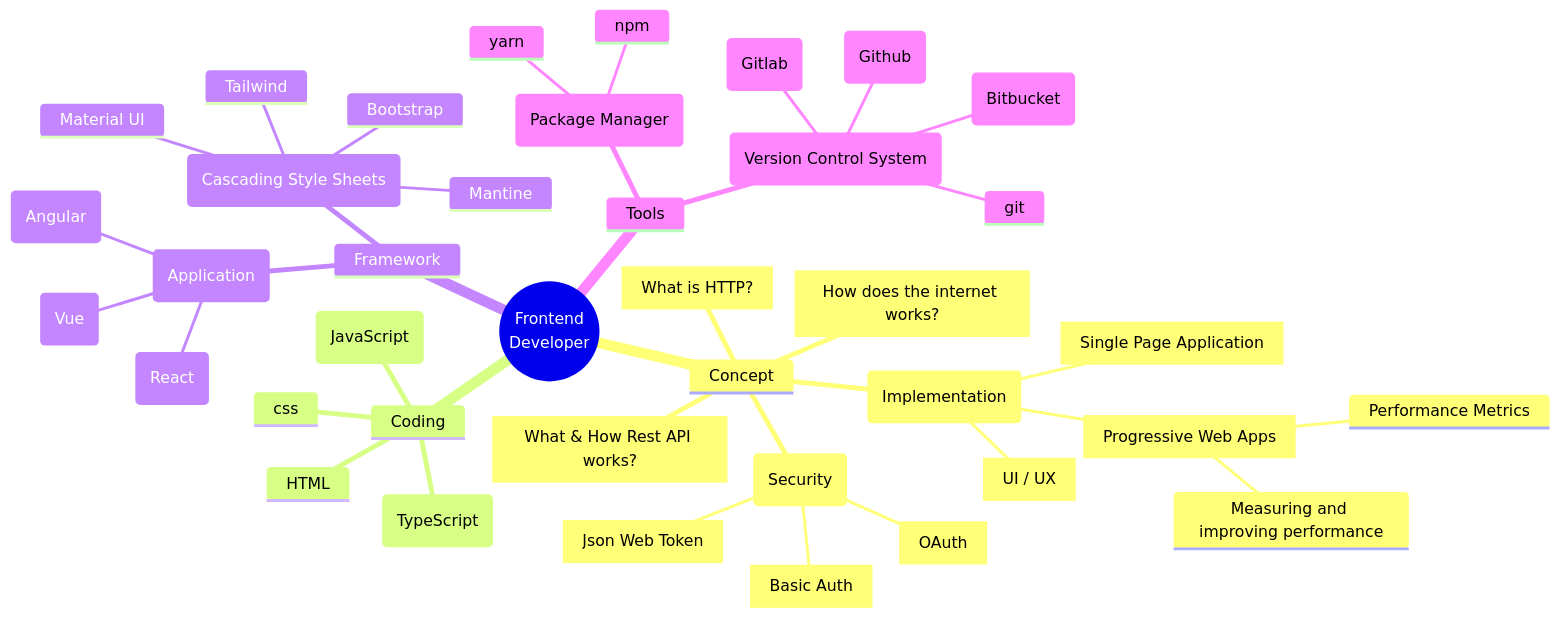
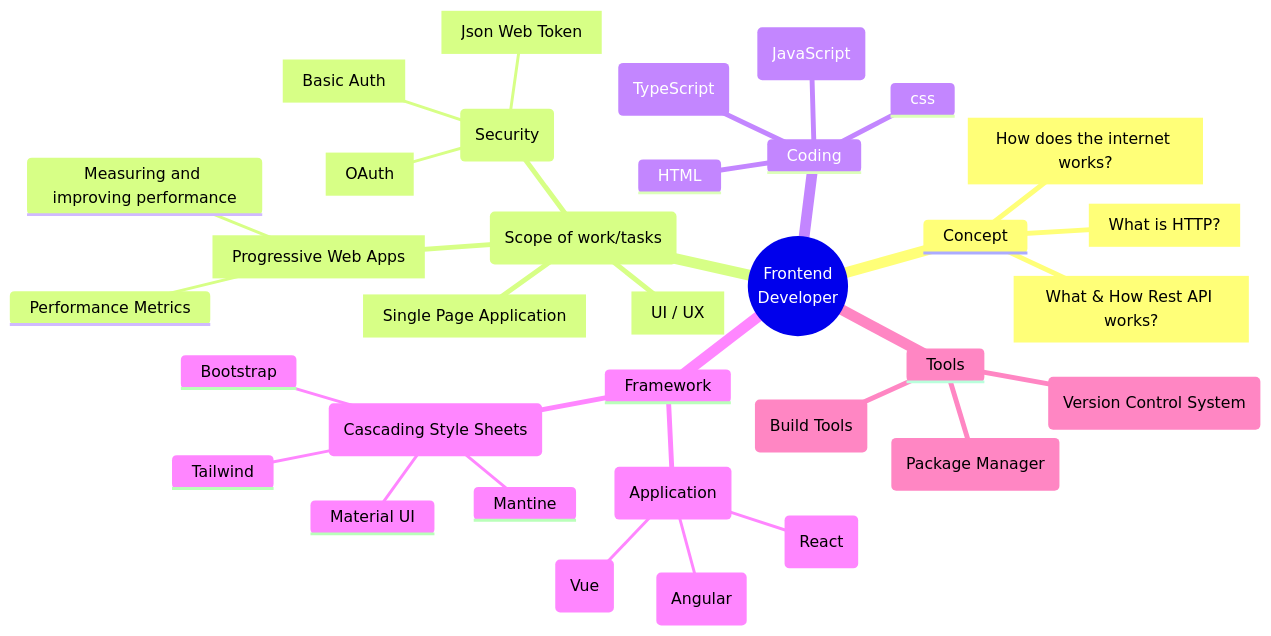
One commit to DevOpsWithDimas/DevOpsWithDimas.github.io changed the diagram in _roadmaps/fe-web-dev.md. Above: the diagram before and after it, drawn with Mermaid. The commit also changed other lines of this file and 9 other files, not shown here.

Commit message:
update roadmap

```diff
--- a/_roadmaps/fe-web-dev.md
+++ b/_roadmaps/fe-web-dev.md
@@ -30,42 +36,37 @@
 {% mermaid %}
 mindmap
   root((Frontend <br>Developer))
     Concept
       [What is HTTP?]
       [How does the internet works?]
       [What & How Rest API works?]
-      impl (Implementation)
-        pwa [Progressive Web Apps]
-          Performance Metrics
-          Measuring and improving performance
-        spa [Single Page Application]
-        uiux [UI / UX]
+    sow (Scope of work/tasks)
+      pwa [Progressive Web Apps]
+        Performance Metrics
+        Measuring and improving performance
+      spa [Single Page Application]
+      uiux [UI / UX]
       security (Security)
         jwt [Json Web Token]
         oauth [OAuth]
         basicauth [Basic Auth]
     Coding
       HTML
       css
       js (JavaScript)
       ts (TypeScript)
     Framework
       app (Application)
         angular (Angular)
         vue (Vue)
         react (React)
       css (Cascading Style Sheets)
         Bootstrap
         Mantine
         Tailwind
         Material UI
     Tools
       vcs (Version Control System)
-        git
-        github (Github)
-        gitlab (Gitlab)
-        bitbucket (Bitbucket)
-      packagemanager (Package Manager)
-        npm
-        yarn
+      package_manager (Package Manager)
+      build_tools (Build Tools)
 {% endmermaid %}
```
